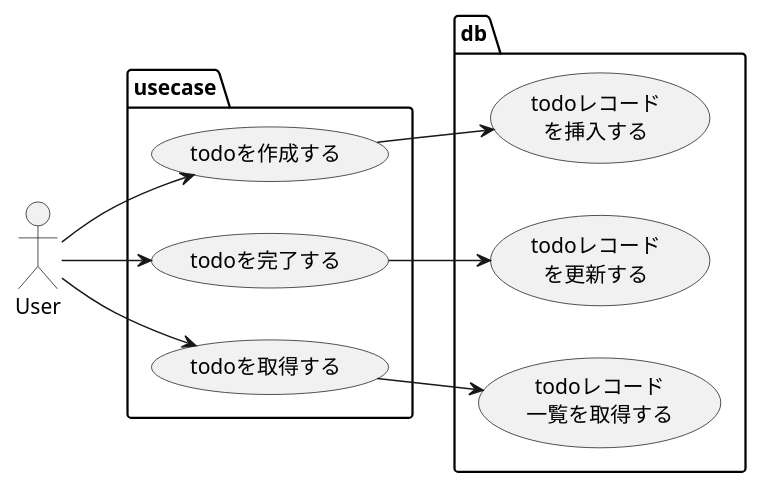
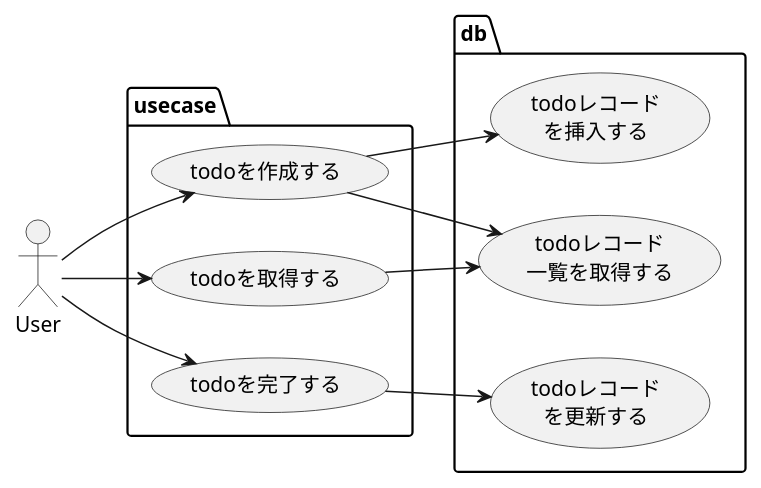
Before and after one commit to takuya115/todo-rs: the diagram in docs/usecase.md, drawn with PlantUML. The commit also changed other lines of this file, not shown here.

````diff
--- a/docs/usecase.md
+++ b/docs/usecase.md
@@ -4,22 +3,23 @@
 ```plantuml
 left to right direction
 package usecase {
     usecase "todoを作成する" as uc1
     usecase "todoを完了する" as uc2
     usecase "todoを取得する" as uc3
 }
 
 package db {
     usecase "todoレコード\nを挿入する" as db1
     usecase "todoレコード\nを更新する" as db2
     usecase "todoレコード\n一覧を取得する" as db3
 }
 
 :User: --> uc1
 uc1 --> db1
+uc1 --> db3
 :User: --> uc2
 uc2 --> db2
 :User: --> uc3
 uc3 --> db3
 
 ```
````
